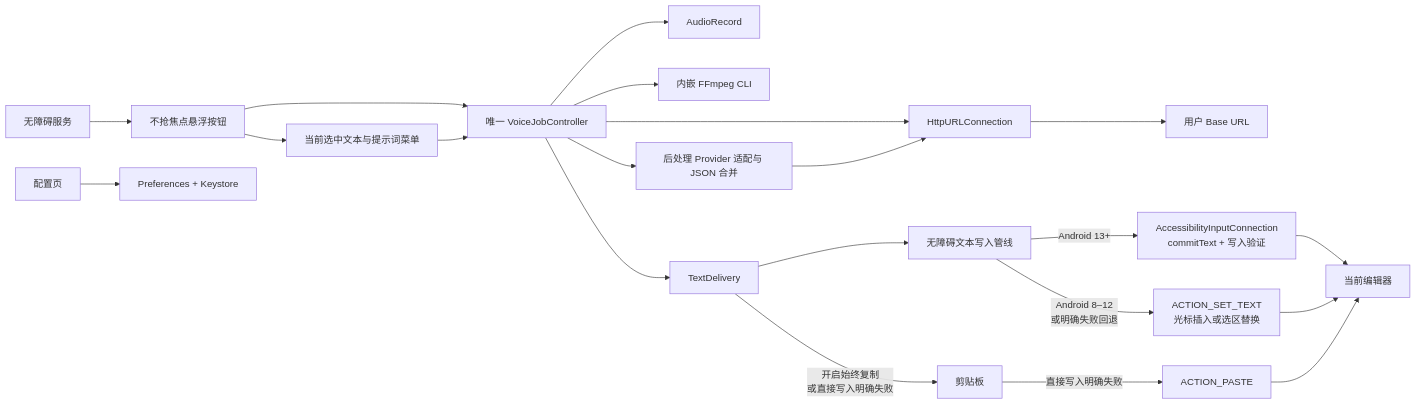
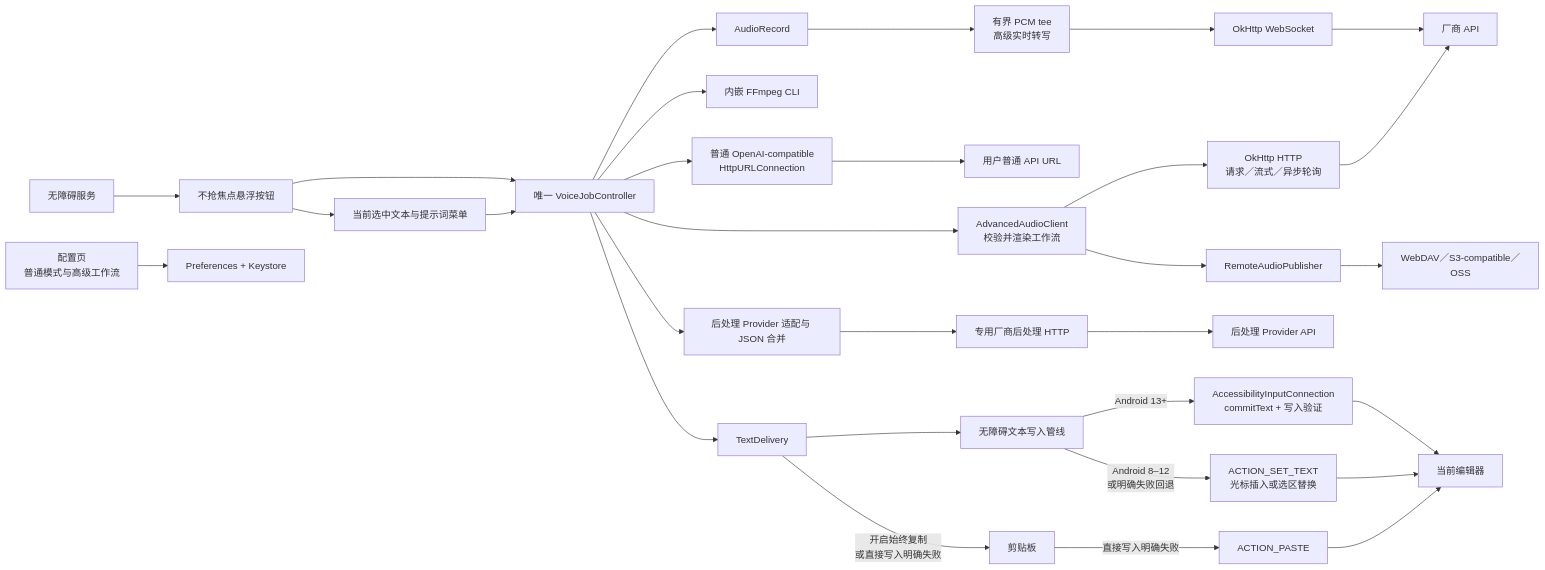
One commit to Joey-Kot/Dictate changed the first of 3 diagrams in README_ZH.md. Above: the diagram before and after it, drawn with Mermaid. The commit also changed other lines of this file and 103 other files, not shown here.

First line of the commit message:
feat(android): add declarative Advanced Audio API Provider workflows

````diff
--- a/README_ZH.md
+++ b/README_ZH.md
@@ -69,23 +68,32 @@
 ```mermaid
 flowchart LR
   A["无障碍服务"] --> B["不抢焦点悬浮按钮"]
   B --> C["唯一 VoiceJobController"]
   B --> L["当前选中文本与提示词菜单"]
   L --> C
   C --> D["AudioRecord"]
   C --> E["内嵌 FFmpeg CLI"]
-  C --> F["HttpURLConnection"]
-  F --> G["用户 Base URL"]
+  C --> F["普通 OpenAI-compatible<br/>HttpURLConnection"]
+  F --> G["用户普通 API URL"]
+  C --> AA["AdvancedAudioClient<br/>校验并渲染工作流"]
+  AA --> OH["OkHttp HTTP<br/>请求／流式／异步轮询"]
+  OH --> V["厂商 API"]
+  AA --> RA["RemoteAudioPublisher"]
+  RA --> RS["WebDAV／S3-compatible／OSS"]
+  D --> RT["有界 PCM tee<br/>高级实时转写"]
+  RT --> WS["OkHttp WebSocket"]
+  WS --> V
   C --> H["后处理 Provider 适配与 JSON 合并"]
-  H --> F
+  H --> PH["专用厂商后处理 HTTP"]
+  PH --> PV["后处理 Provider API"]
   C --> T["TextDelivery"]
   T --> W["无障碍文本写入管线"]
   W -->|"Android 13+"| M["AccessibilityInputConnection<br/>commitText + 写入验证"]
   W -->|"Android 8–12<br/>或明确失败回退"| S["ACTION_SET_TEXT<br/>光标插入或选区替换"]
   M --> X["当前编辑器"]
   S --> X
   T -->|"开启始终复制<br/>或直接写入明确失败"| I["剪贴板"]
   I -->|"直接写入明确失败"| P["ACTION_PASTE"]
   P --> X
-  J["配置页"] --> K["Preferences + Keystore"]
+  J["配置页<br/>普通模式与高级工作流"] --> K["Preferences + Keystore"]
 ```
````
